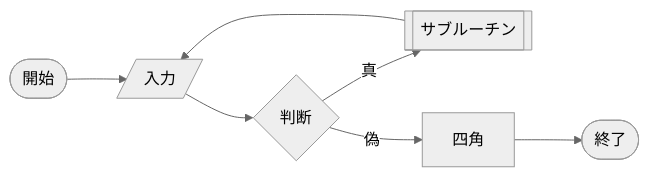
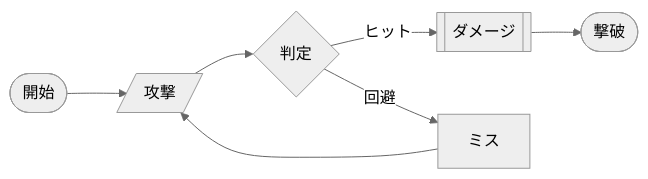
Before and after one commit to tpu-game-2023/mermaid_test: the first of 3 diagrams in README.md, drawn with Mermaid (neutral theme). The commit also changed other lines of this file, not shown here.

````diff
--- a/README.md
+++ b/README.md
@@ -20,9 +20,9 @@
 ```mermaid
 flowchart LR
-  A([開始]) --> B[/入力/]
-  B --> C{判断}
-  C -- 真 --> D[[サブルーチン]]
-  D --> B
-  C -- 偽 --> F[四角]
-  F --> E([終了])
+ A([開始]) --> B[/攻撃/]
+  B --> C{判定}
+  C -- ヒット --> D[[ダメージ]]
+  D --> E([撃破])
+  C -- 回避 --> F[ミス]
+  F --> B
 ```
````
